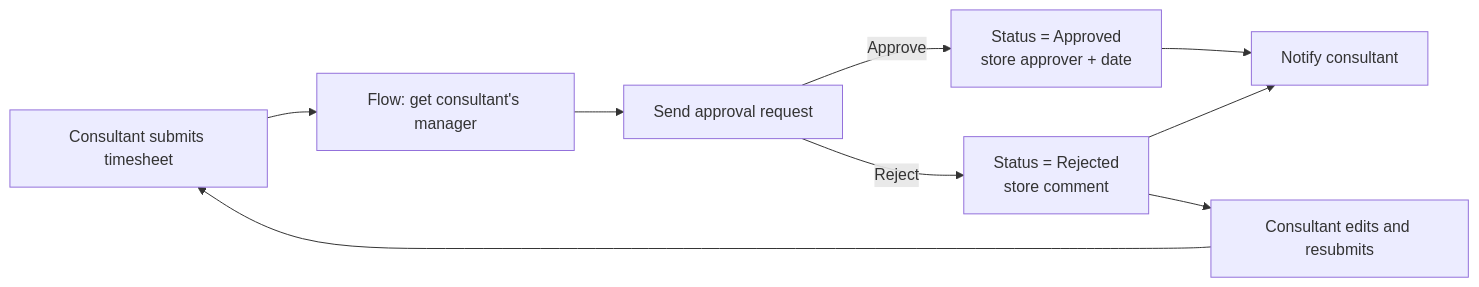
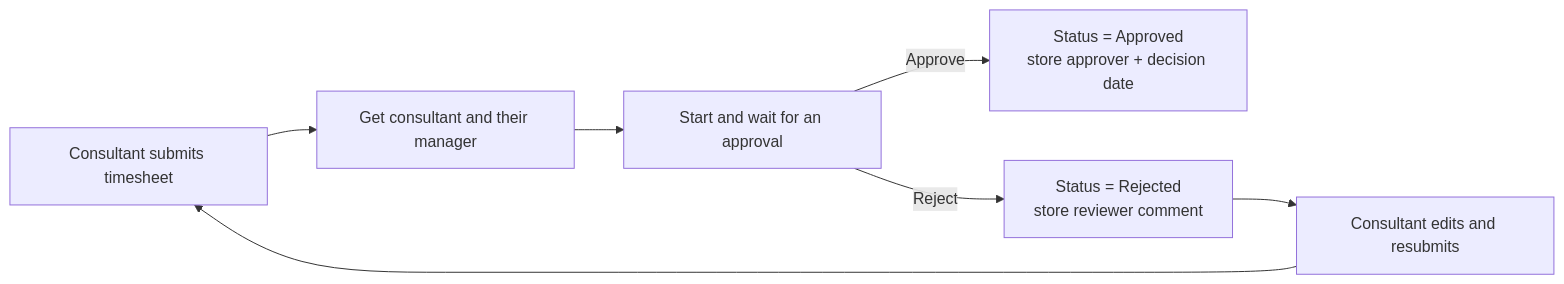
Before and after one commit to DiogoS7/Houston: the first of 3 diagrams in docs/process-flows.md, drawn with Mermaid. The commit also changed other lines of this file and 1 other file, not shown here.

````diff
--- a/docs/process-flows.md
+++ b/docs/process-flows.md
@@ -7,11 +10,9 @@
 ```mermaid
 flowchart LR
-    A[Consultant submits timesheet] --> B[Flow: get consultant's manager]
-    B --> C[Send approval request]
-    C -->|Approve| D[Status = Approved<br/>store approver + date]
-    C -->|Reject| E[Status = Rejected<br/>store comment]
-    D --> F[Notify consultant]
-    E --> F
+    A[Consultant submits timesheet] --> B[Get consultant and their manager]
+    B --> C[Start and wait for an approval]
+    C -->|Approve| D[Status = Approved<br/>store approver + decision date]
+    C -->|Reject| E[Status = Rejected<br/>store reviewer comment]
     E --> G[Consultant edits and resubmits]
     G --> A
 ```
````
